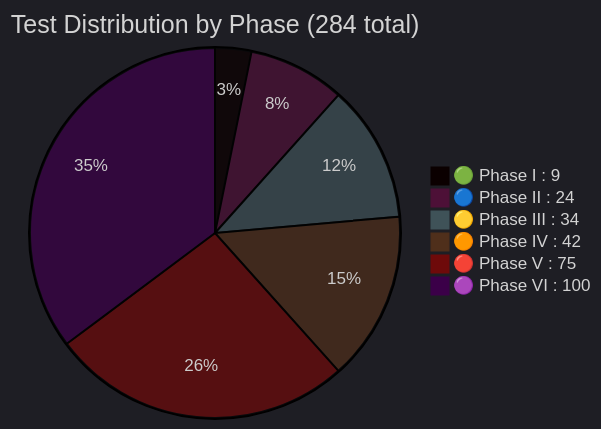
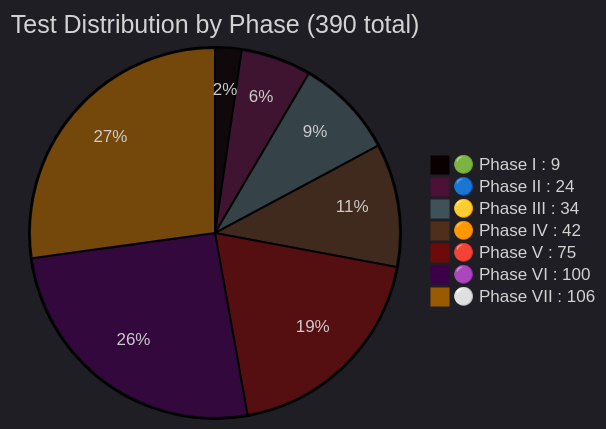
One commit to FTHTrading/Gravity- changed diagram 15 of 16 in README.md. Above: the diagram before and after it, drawn with Mermaid. The commit also changed other lines of this file and 27 other files, not shown here.

First line of the commit message:
Phase VII: Scientific Optimization & Blockchain Anchoring

````diff
--- a/README.md
+++ b/README.md
@@ -1149,10 +1258,11 @@
 ```mermaid
 %%{init: {'theme': 'dark'}}%%
-pie title Test Distribution by Phase (284 total)
+pie title Test Distribution by Phase (390 total)
     "🟢 Phase I : 9" : 9
     "🔵 Phase II : 24" : 24
     "🟡 Phase III : 34" : 34
     "🟠 Phase IV : 42" : 42
     "🔴 Phase V : 75" : 75
     "🟣 Phase VI : 100" : 100
+    "⚪ Phase VII : 106" : 106
 ```
````
